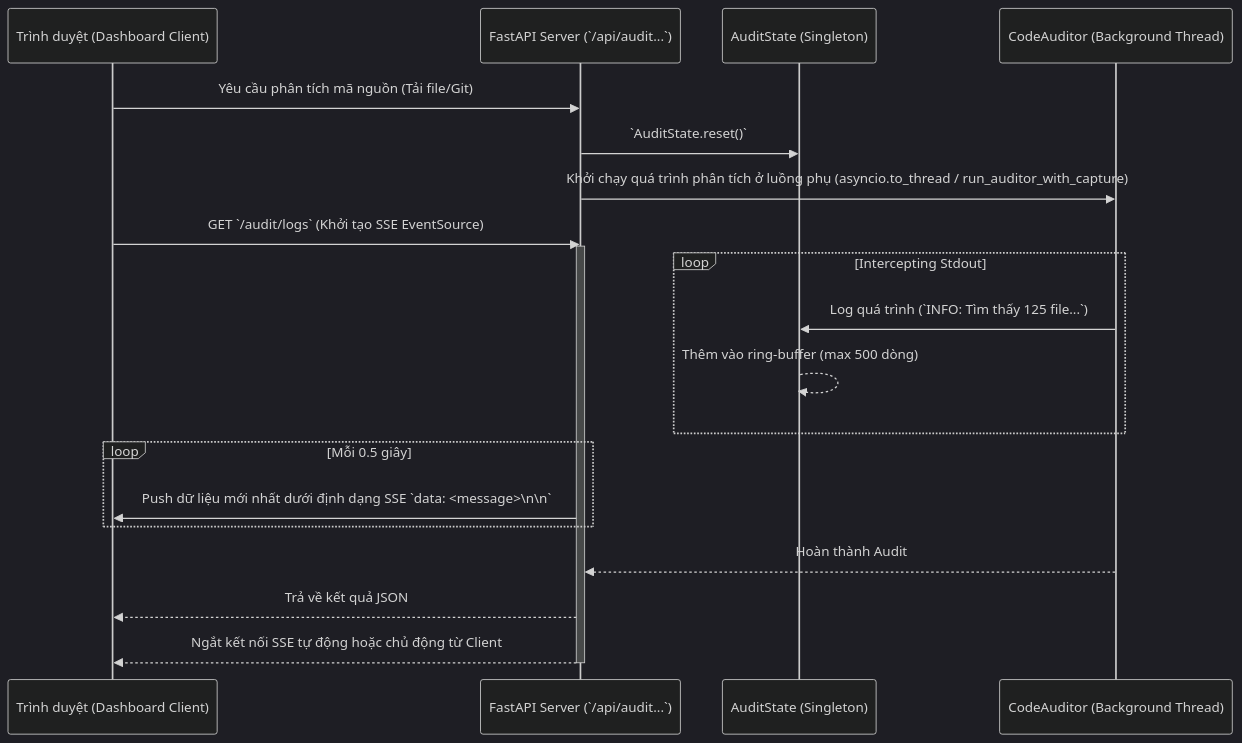
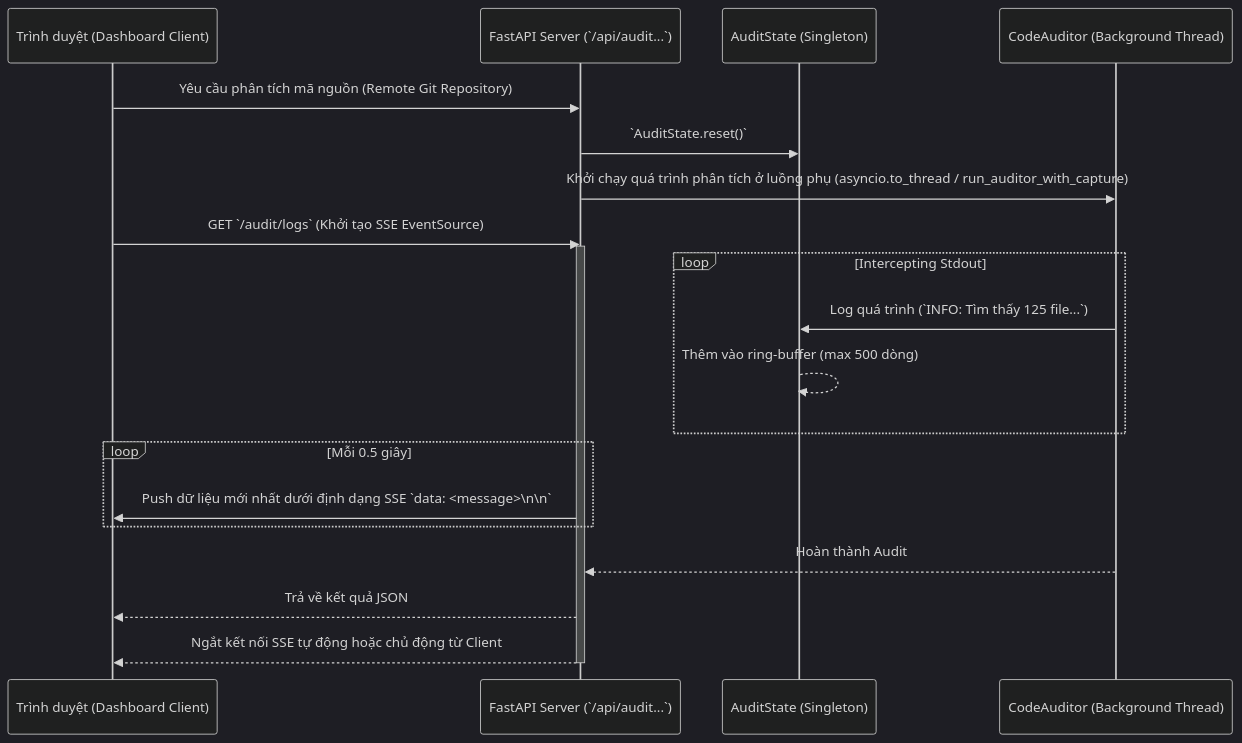
Before and after one commit to LongKunno/check_project: the second of 3 diagrams in docs/architecture/overview.md, drawn with Mermaid (dark theme). The commit also changed 32 other files, not shown here.

Commit message:
feat: Implement Natural Language Rule Engine (NLRE) with new UI components, database schema, and integrate Tailwind CSS for dashboard styling.

````diff
--- a/docs/architecture/overview.md
+++ b/docs/architecture/overview.md
@@ -48,24 +48,24 @@
 ```mermaid
 sequenceDiagram
     participant C as Trình duyệt (Dashboard Client)
     participant S as FastAPI Server (`/api/audit...`)
     participant A as AuditState (Singleton)
     participant E as CodeAuditor (Background Thread)
 
-    C->>S: Yêu cầu phân tích mã nguồn (Tải file/Git)
+    C->>S: Yêu cầu phân tích mã nguồn (Remote Git Repository)
     S->>A: `AuditState.reset()`
     S->>E: Khởi chạy quá trình phân tích ở luồng phụ (asyncio.to_thread / run_auditor_with_capture)
     C->>S: GET `/audit/logs` (Khởi tạo SSE EventSource)
     activate S
     loop Intercepting Stdout
         E->>A: Log quá trình (`INFO: Tìm thấy 125 file...`)
         A-->>A: Thêm vào ring-buffer (max 500 dòng)
     end
     loop Mỗi 0.5 giây
         S->>C: Push dữ liệu mới nhất dưới định dạng SSE `data: <message>\n\n`
     end
     E-->>S: Hoàn thành Audit
     S-->>C: Trả về kết quả JSON
     S-->>C: Ngắt kết nối SSE tự động hoặc chủ động từ Client
     deactivate S
 ```
````
